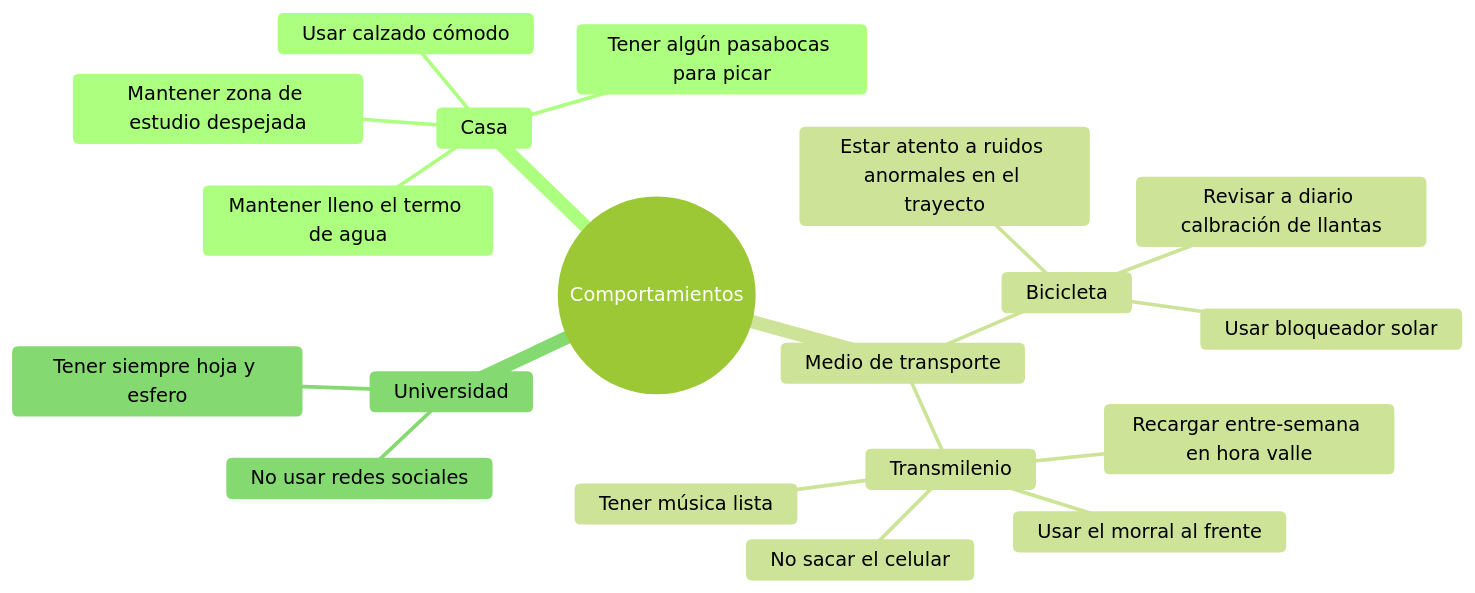
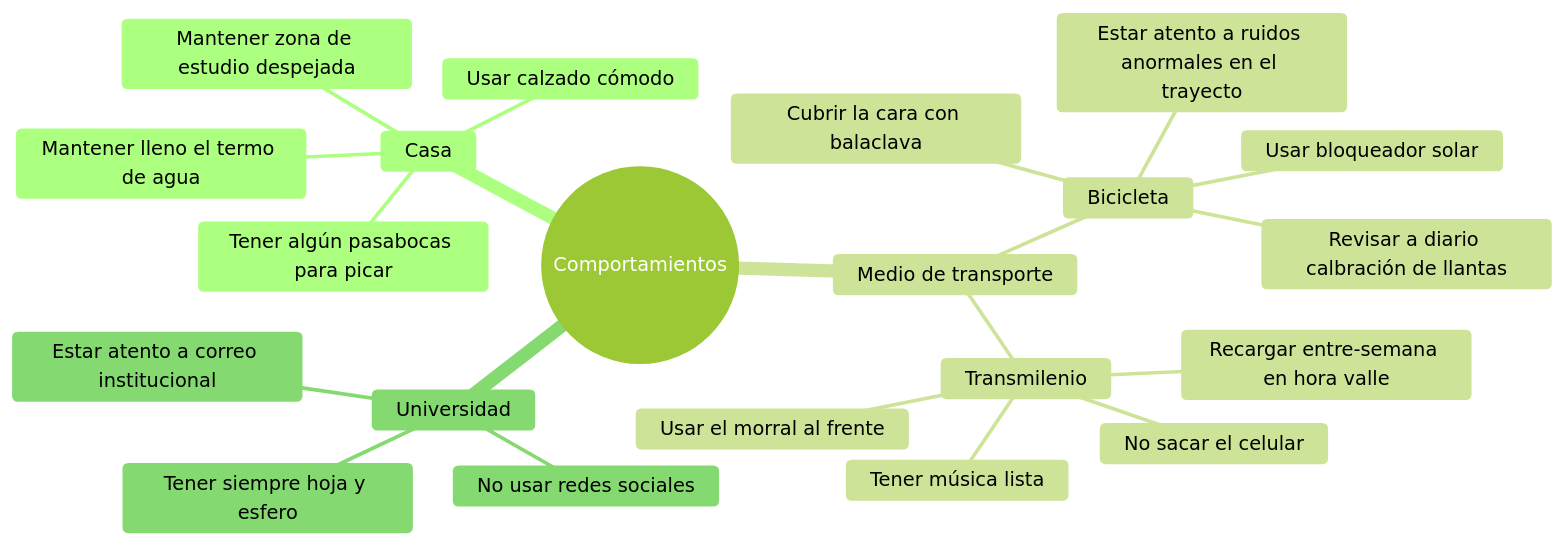
The diagram in assignments/doc-02/answers.md (angalindog/ai-robotics), drawn with Mermaid (forest theme) before and after one commit. The commit also changed other lines of this file and 1 other file, not shown here.

````diff
--- a/assignments/doc-02/answers.md
+++ b/assignments/doc-02/answers.md
@@ -7,22 +7,24 @@
 ```mermaid
 mindmap
 root((Comportamientos))
     Casa
         Mantener zona de estudio despejada
         Usar calzado cómodo
         Tener algún pasabocas para picar
         Mantener lleno el termo de agua
     Medio de transporte
         Bicicleta
             Revisar a diario calbración de llantas
             Estar atento a ruidos anormales en el trayecto
             Usar bloqueador solar
+            Cubrir la cara con balaclava
         Transmilenio
             Recargar entre-semana en hora valle
             Usar el morral al frente
             Tener música lista
             No sacar el celular
     Universidad
         No usar redes sociales
         Tener siempre hoja y esfero
+        Estar atento a correo institucional
 ```
````
